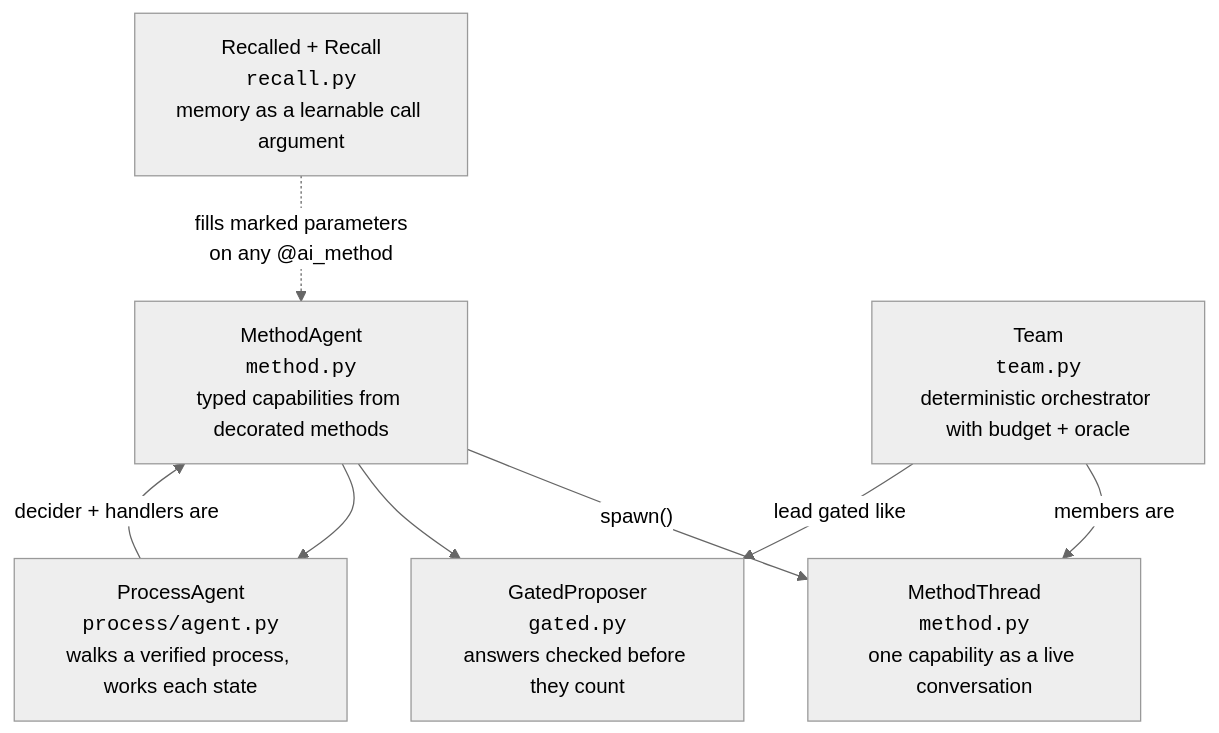
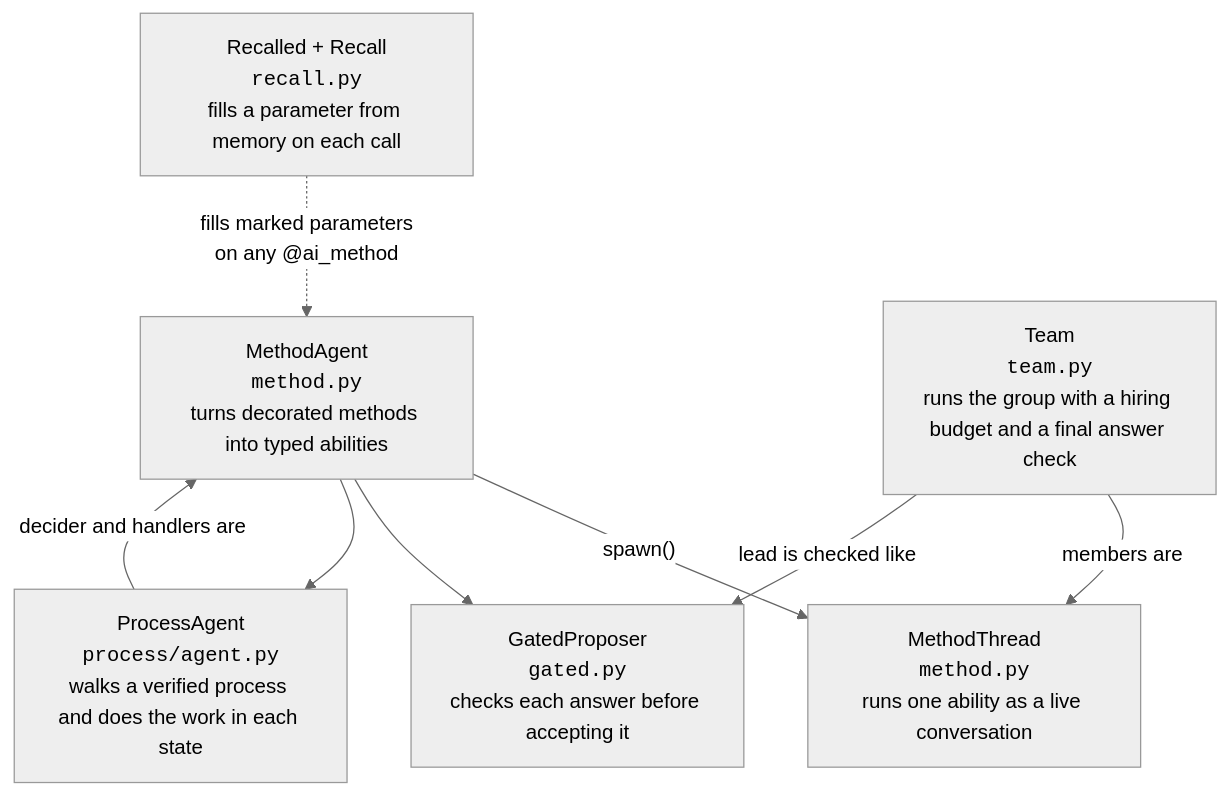
The first of 3 diagrams in README.md (theagenticguy/pneuma), drawn with Mermaid (neutral theme) before and after one commit. The commit also changed other lines of this file, not shown here.

````diff
--- a/README.md
+++ b/README.md
@@ -26,17 +30,17 @@
 ```mermaid
 graph TD
-    MA["MethodAgent<br/><code>method.py</code><br/>typed capabilities from decorated methods"]
-    MT["MethodThread<br/><code>method.py</code><br/>one capability as a live conversation"]
-    GP["GatedProposer<br/><code>gated.py</code><br/>answers checked before they count"]
-    RC["Recalled + Recall<br/><code>recall.py</code><br/>memory as a learnable call argument"]
-    PA["ProcessAgent<br/><code>process/agent.py</code><br/>walks a verified process, works each state"]
-    TM["Team<br/><code>team.py</code><br/>deterministic orchestrator with budget + oracle"]
+    MA["MethodAgent<br/><code>method.py</code><br/>turns decorated methods into typed abilities"]
+    MT["MethodThread<br/><code>method.py</code><br/>runs one ability as a live conversation"]
+    GP["GatedProposer<br/><code>gated.py</code><br/>checks each answer before accepting it"]
+    RC["Recalled + Recall<br/><code>recall.py</code><br/>fills a parameter from memory on each call"]
+    PA["ProcessAgent<br/><code>process/agent.py</code><br/>walks a verified process and does the work in each state"]
+    TM["Team<br/><code>team.py</code><br/>runs the group with a hiring budget and a final answer check"]
 
     MA -->|"spawn()"| MT
     MA --> GP
     MA --> PA
     RC -.->|"fills marked parameters<br/>on any @ai_method"| MA
     TM -->|"members are"| MT
-    TM -->|"lead gated like"| GP
-    PA -->|"decider + handlers are"| MA
+    TM -->|"lead is checked like"| GP
+    PA -->|"decider and handlers are"| MA
 ```
````
